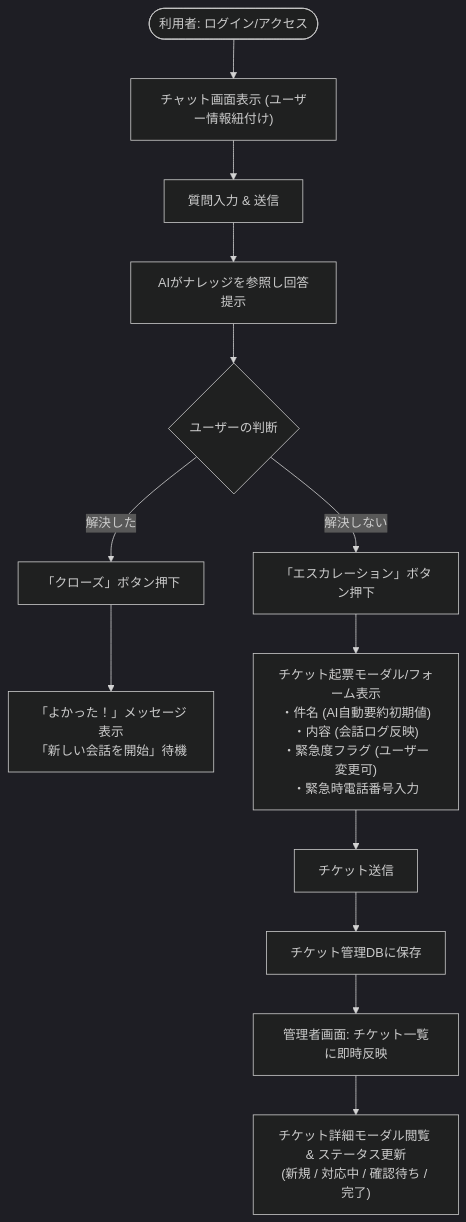
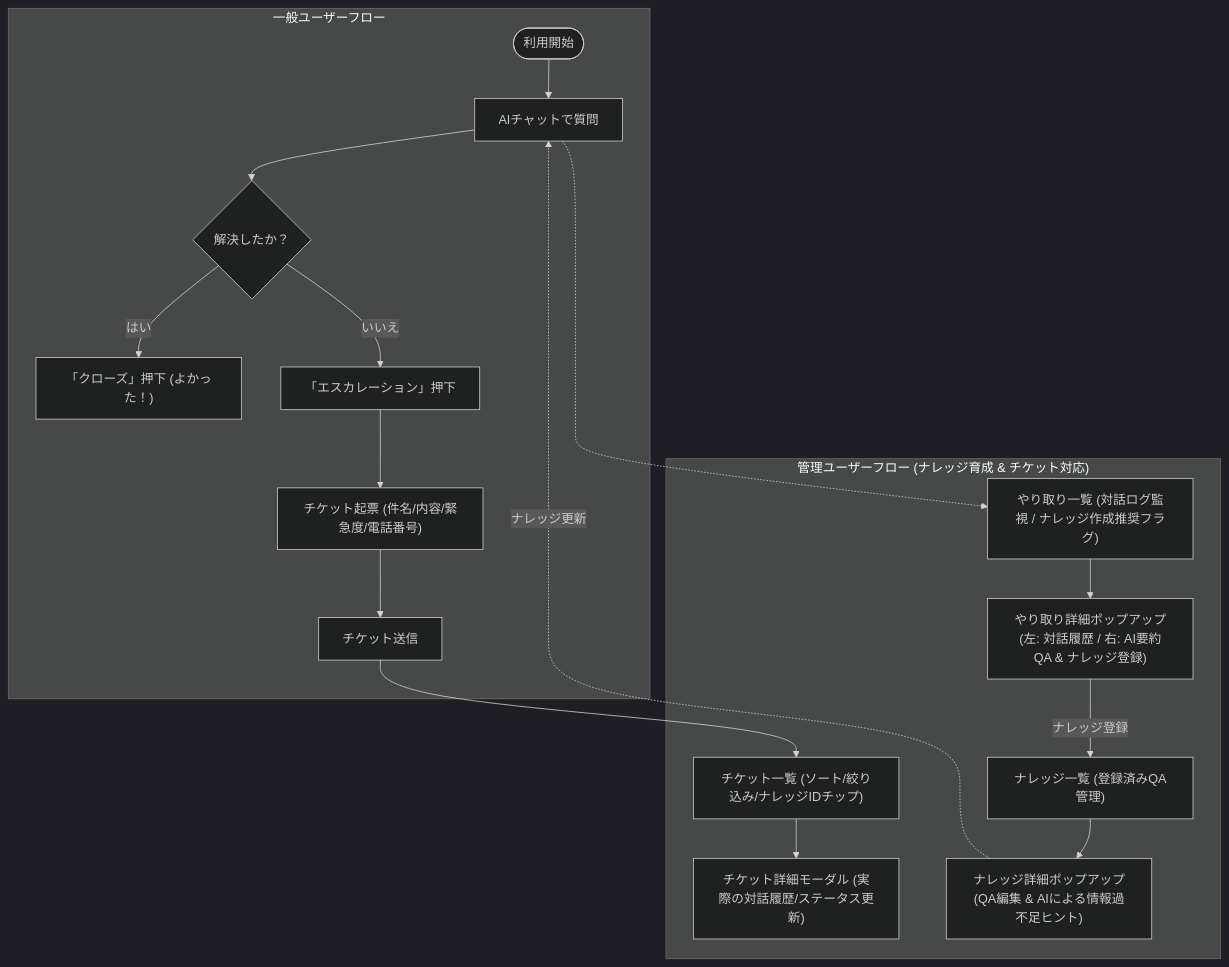
One commit to a-tsuboi-cyber/poc-prism-inquiry changed the diagram in docs/requirements_definition.md. Above: the diagram before and after it, drawn with Mermaid (dark theme). The commit also changed other lines of this file, not shown here.

````diff
--- a/docs/requirements_definition.md
+++ b/docs/requirements_definition.md
@@ -31,20 +28,22 @@
 ```mermaid
 flowchart TD
-    Start(["利用者: ログイン/アクセス"]) --> ChatStart["チャット画面表示 (ユーザー情報紐付け)"]
-    ChatStart --> Ask["質問入力 & 送信"]
-    Ask --> AIAnswer["AIがナレッジを参照し回答提示"]
-    
-    AIAnswer --> UserJudge{"ユーザーの判断"}
-    
-    UserJudge -- "解決した" --> CloseBtn["「クローズ」ボタン押下"]
-    CloseBtn --> ClosedView["「よかった！」メッセージ表示<br>「新しい会話を開始」待機"]
-    
-    UserJudge -- "解決しない" --> EscBtn["「エスカレーション」ボタン押下"]
-    EscBtn --> EscForm["チケット起票モーダル/フォーム表示<br>・件名 (AI自動要約初期値)<br>・内容 (会話ログ反映)<br>・緊急度フラグ (ユーザー変更可)<br>・緊急時電話番号入力"]
-    
-    EscForm --> SubmitTicket["チケット送信"]
-    SubmitTicket --> AdminNotify["チケット管理DBに保存"]
-    
-    AdminNotify --> AdminView["管理者画面: チケット一覧に即時反映"]
-    AdminView --> ModalOpen["チケット詳細モーダル閲覧 & ステータス更新<br>(新規 / 対応中 / 確認待ち / 完了)"]
+    subgraph UserFlow ["一般ユーザーフロー"]
+        U_Start(["利用開始"]) --> U_Chat["AIチャットで質問"]
+        U_Chat --> U_Judge{"解決したか？"}
+        U_Judge -- "はい" --> U_Close["「クローズ」押下 (よかった！)"]
+        U_Judge -- "いいえ" --> U_Esc["「エスカレーション」押下"]
+        U_Esc --> U_TicketForm["チケット起票 (件名/内容/緊急度/電話番号)"]
+        U_TicketForm --> U_Submit["チケット送信"]
+    end
+
+    subgraph AdminFlow ["管理ユーザーフロー (ナレッジ育成 & チケット対応)"]
+        U_Submit --> A_TicketList["チケット一覧 (ソート/絞り込み/ナレッジIDチップ)"]
+        A_TicketList --> A_TicketDetail["チケット詳細モーダル (実際の対話履歴/ステータス更新)"]
+        
+        U_Chat -.-> A_LogList["やり取り一覧 (対話ログ監視 / ナレッジ作成推奨フラグ)"]
+        A_LogList --> A_LogModal["やり取り詳細ポップアップ<br>(左: 対話履歴 / 右: AI要約QA & ナレッジ登録)"]
+        A_LogModal -- "ナレッジ登録" --> A_KList["ナレッジ一覧 (登録済みQA管理)"]
+        A_KList --> A_KDetail["ナレッジ詳細ポップアップ<br>(QA編集 & AIによる情報過不足ヒント)"]
+        A_KDetail -. "ナレッジ更新" .-> U_Chat
+    end
 ```
````
